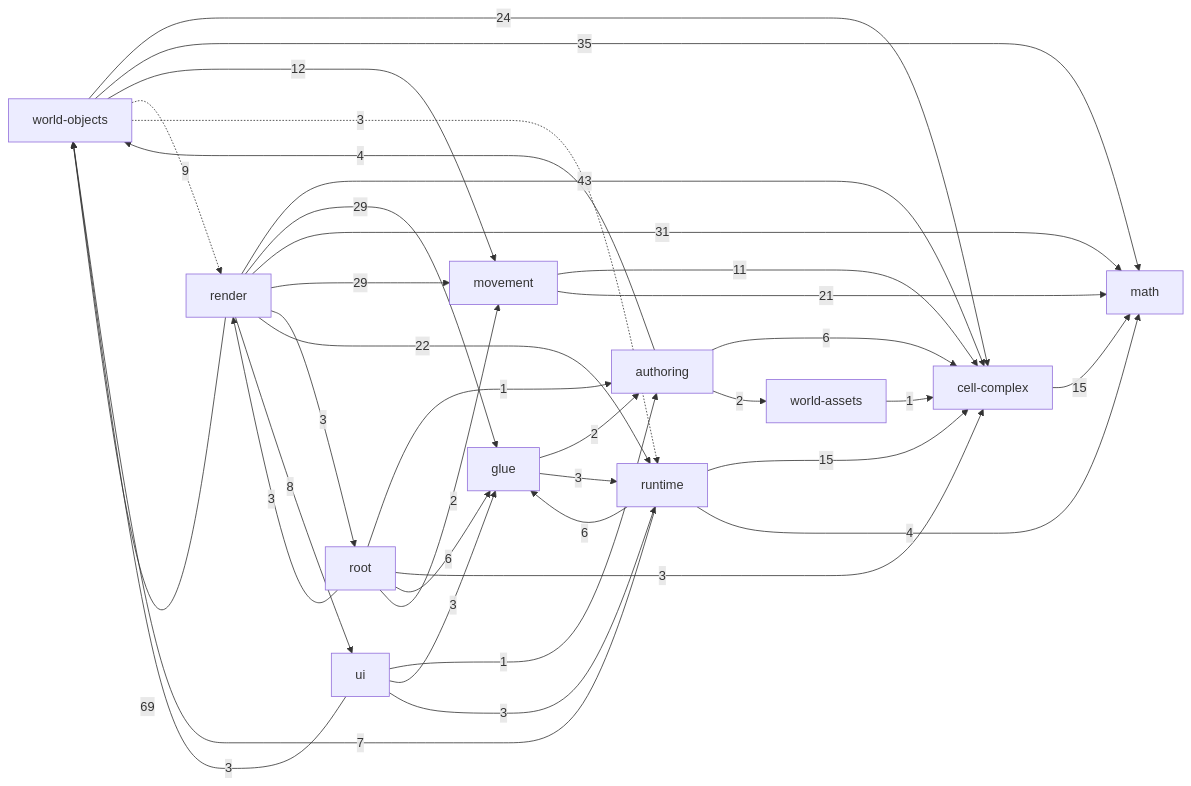
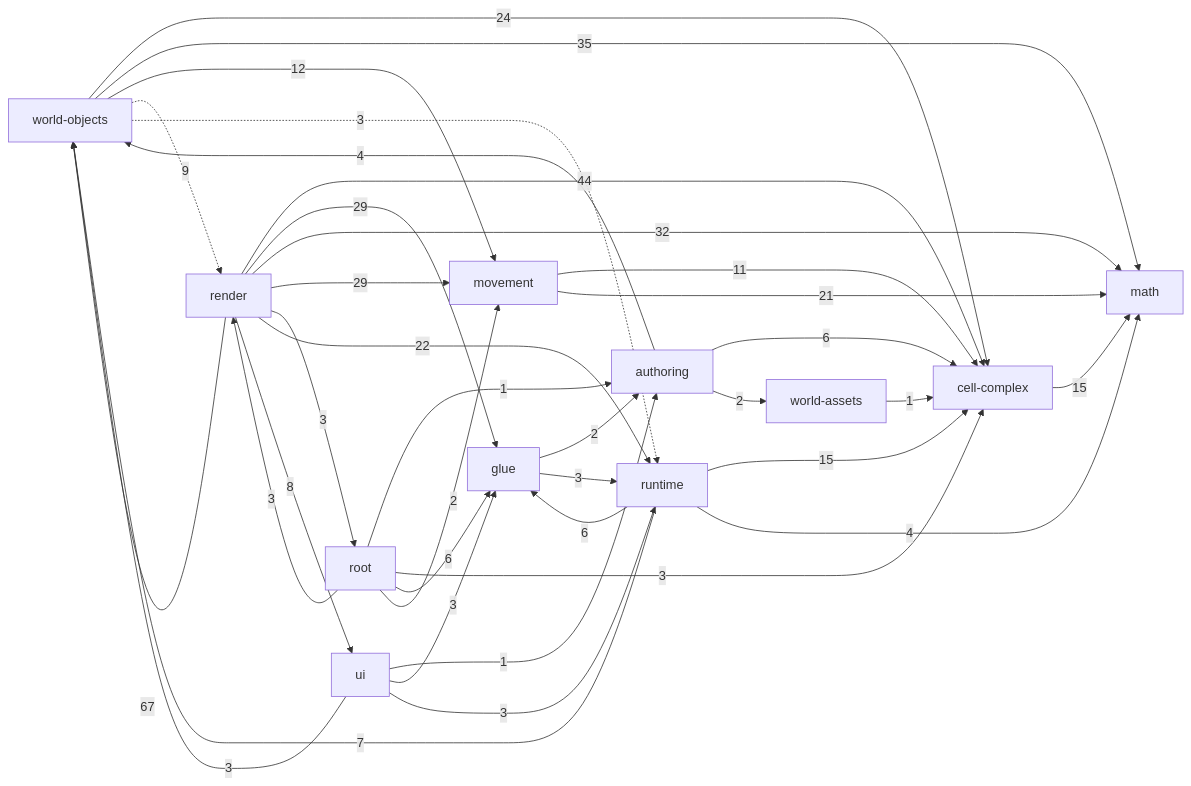
Before and after one commit to guraltsev/noneuclid-fpv: the diagram in _docs/generated/ARCHITECTURE_REFERENCE.md, drawn with Mermaid. The commit also changed other lines of this file and 9 other files, not shown here.

````diff
--- a/_docs/generated/ARCHITECTURE_REFERENCE.md
+++ b/_docs/generated/ARCHITECTURE_REFERENCE.md
@@ -32,49 +32,49 @@
 ```mermaid
 flowchart LR
   math["math"]
   cell_complex["cell-complex"]
   movement["movement"]
   world_assets["world-assets"]
   world_objects["world-objects"]
   authoring["authoring"]
   runtime["runtime"]
   ui["ui"]
   glue["glue"]
   render["render"]
   root["root"]
   authoring -->|6| cell_complex
   authoring -->|2| world_assets
   authoring -->|4| world_objects
   cell_complex -->|15| math
   glue -->|2| authoring
   glue -->|3| runtime
   movement -->|11| cell_complex
   movement -->|21| math
-  render -->|43| cell_complex
+  render -->|44| cell_complex
   render -->|29| glue
-  render -->|31| math
+  render -->|32| math
   render -->|29| movement
   render -->|3| root
   render -->|22| runtime
   render -->|8| ui
-  render -->|69| world_objects
+  render -->|67| world_objects
   root -->|1| authoring
   root -->|3| cell_complex
   root -->|6| glue
   root -->|2| movement
   root -->|3| render
   runtime -->|15| cell_complex
   runtime -->|6| glue
   runtime -->|4| math
   runtime -->|7| world_objects
   ui -->|1| authoring
   ui -->|3| glue
   ui -->|3| runtime
   ui -->|3| world_objects
   world_assets -->|1| cell_complex
   world_objects -->|24| cell_complex
   world_objects -->|35| math
   world_objects -->|12| movement
   world_objects -.->|9| render
   world_objects -.->|3| runtime
 ```
````
